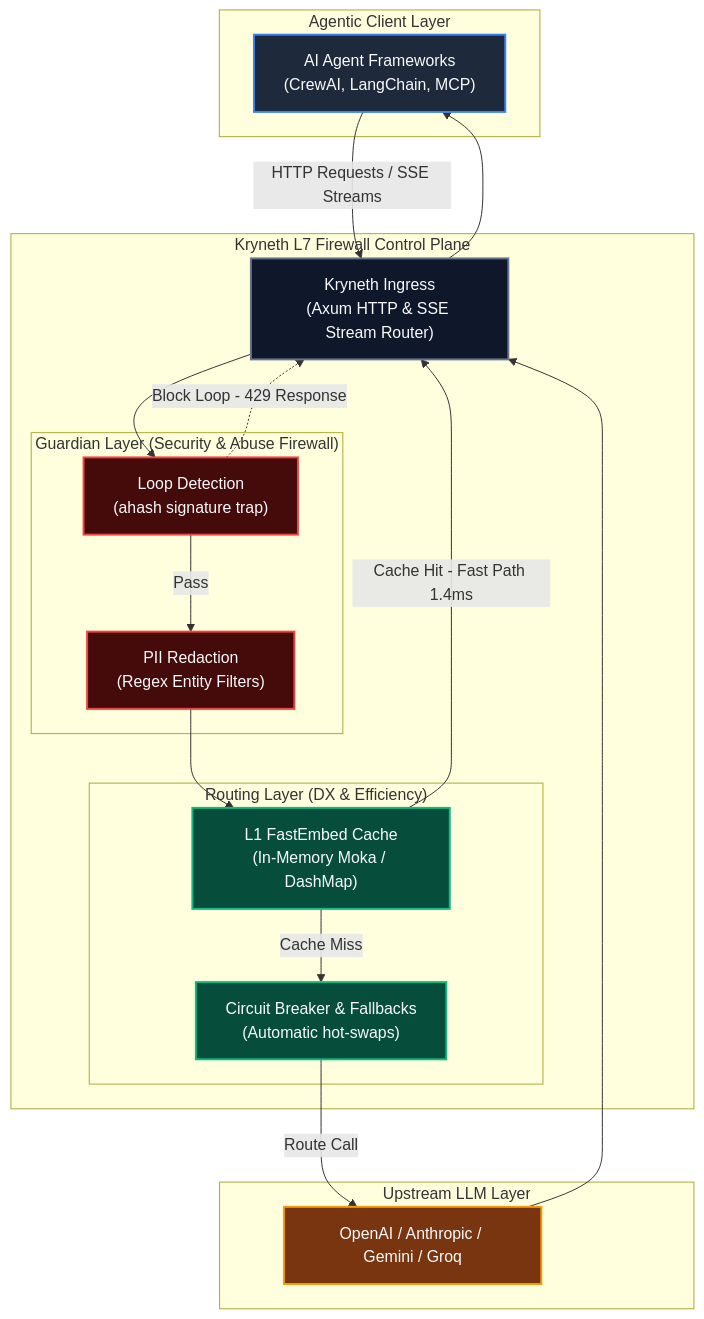
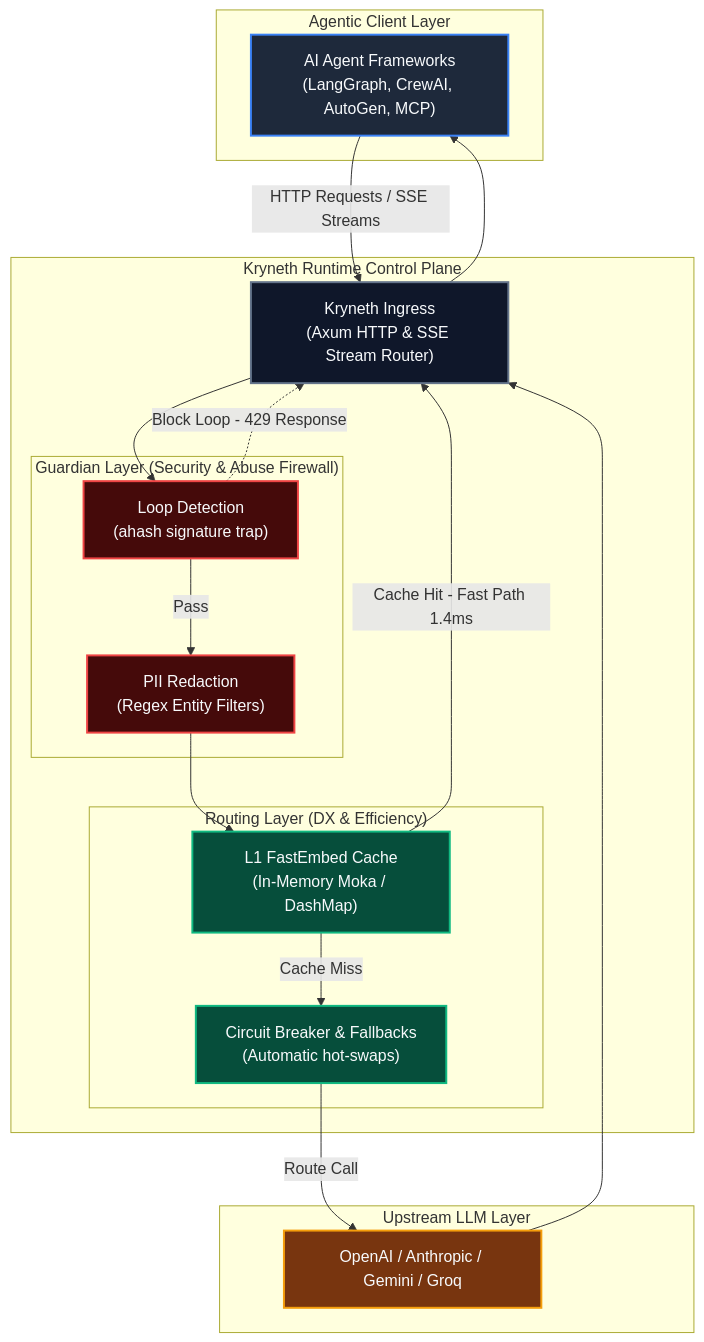
One commit to kryneth-admin/kryneth-oss changed the diagram in README.md. Above: the diagram before and after it, drawn with Mermaid. The commit also changed other lines of this file and 1 other file, not shown here.

````diff
--- a/README.md
+++ b/README.md
@@ -28,48 +102,48 @@
 ```mermaid
 graph TD
     %% Custom styling definition
     classDef framework fill:#1E293B,stroke:#3B82F6,stroke-width:2px,color:#F8FAFC
     classDef ingress fill:#0F172A,stroke:#64748B,stroke-width:2px,color:#F8FAFC
     classDef security fill:#450A0A,stroke:#EF4444,stroke-width:2px,color:#F8FAFC
     classDef routing fill:#064E3B,stroke:#10B981,stroke-width:2px,color:#F8FAFC
     classDef upstream fill:#78350F,stroke:#F59E0B,stroke-width:2px,color:#F8FAFC
     
     subgraph ClientLayer ["Agentic Client Layer"]
-        Agent["AI Agent Frameworks<br>(CrewAI, LangChain, MCP)"]:::framework
+        Agent["AI Agent Frameworks<br>(LangGraph, CrewAI, AutoGen, MCP)"]:::framework
     end
     
-    subgraph Firewall ["Kryneth L7 Firewall Control Plane"]
+    subgraph Firewall ["Kryneth Runtime Control Plane"]
         Ingress["Kryneth Ingress<br/>(Axum HTTP & SSE Stream Router)"]:::ingress
         
         subgraph Guardian ["Guardian Layer (Security & Abuse Firewall)"]
             LoopTrap["Loop Detection<br/>(ahash signature trap)"]:::security
             PII["PII Redaction<br/>(Regex Entity Filters)"]:::security
         end
         
         subgraph RouteLayer ["Routing Layer (DX & Efficiency)"]
             L1Cache["L1 FastEmbed Cache<br/>(In-Memory Moka / DashMap)"]:::routing
             CircuitBreaker["Circuit Breaker & Fallbacks<br/>(Automatic hot-swaps)"]:::routing
         end
     end
     
     subgraph Providers ["Upstream LLM Layer"]
         OpenAI["OpenAI / Anthropic / Gemini / Groq"]:::upstream
     end
 
     %% Flow connections
     Agent -->|HTTP Requests / SSE Streams| Ingress
     Ingress --> LoopTrap
     LoopTrap -->|Pass| PII
     PII --> L1Cache
     
     L1Cache -->|Cache Miss| CircuitBreaker
     CircuitBreaker -->|Route Call| OpenAI
     
     %% Fast responses
     L1Cache -->|Cache Hit - Fast Path 1.4ms| Ingress
     LoopTrap -.->|Block Loop - 429 Response| Ingress
     
     %% Output
     OpenAI --> Ingress
     Ingress --> Agent
 ```
````
